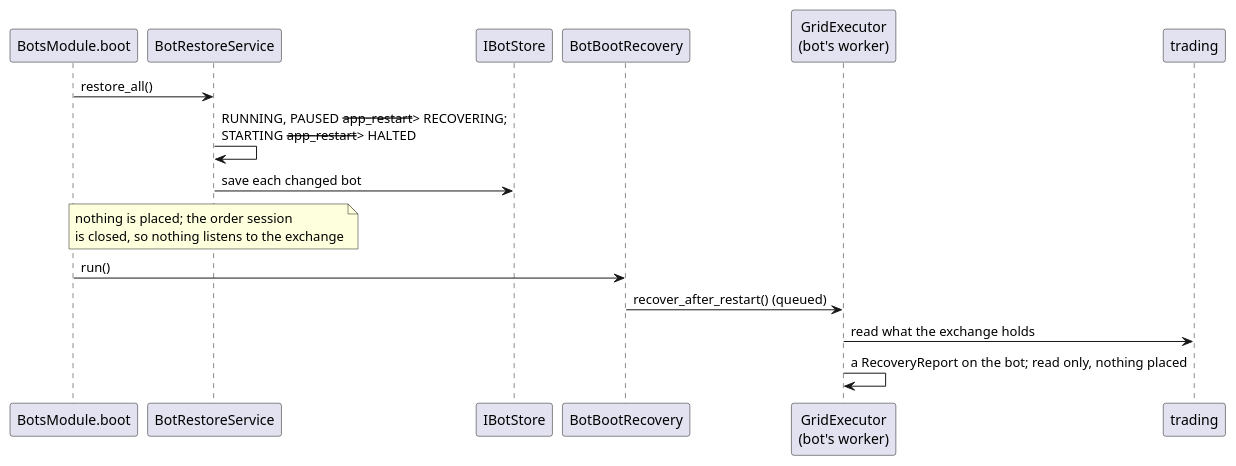
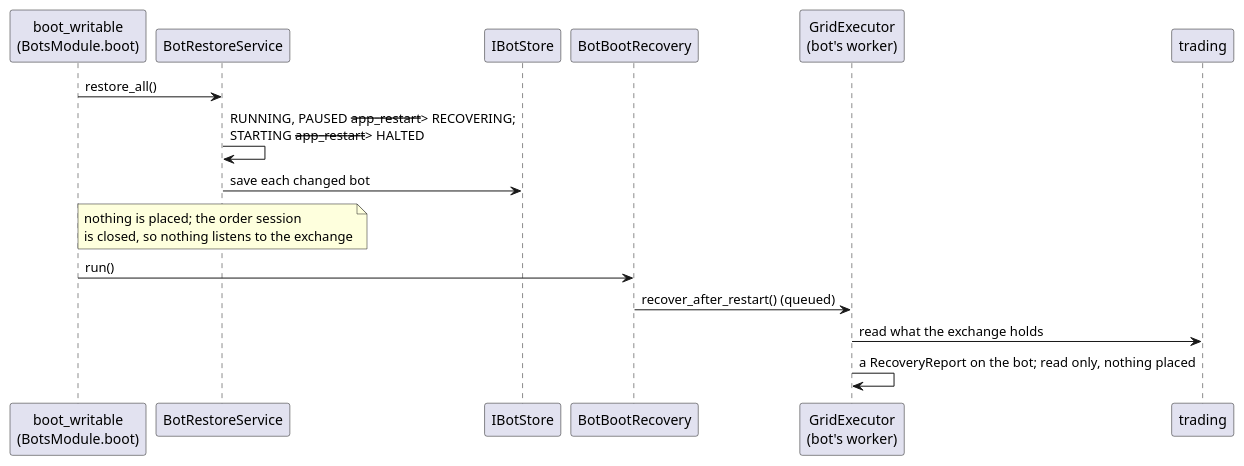
One commit to anhembedded/Sagittarius_Elite_Warrior changed the diagram in Docs/MODULES/bots/diagrams/06-restart.puml. Above: the diagram before and after it, drawn with PlantUML. The commit also changed 2 other files, not shown here.

Commit message:
docs(tasks): bots design cites boot_writable for the boot it moved; the Deferred guard states its blind spot
Review round 1 of PR 569 (K10, J4). 03-context.md and the restart diagram still named
BotsModule.boot for the subscriptions and the recovery that now live in
bots/composition/writable_boot.py -> boot_writable. The Deferred-literal guard dropped an
f-string it could not resolve without a word; it now lists such paths and fails on them, with
the one known site (ModuleEntry, loaded by the declarations test) named.

Claude-Session: https://claude.ai/code/session_01J8ox4juJTRsJaAByi2D6qf

```diff
--- a/Docs/MODULES/bots/diagrams/06-restart.puml
+++ b/Docs/MODULES/bots/diagrams/06-restart.puml
@@ -3,17 +3,17 @@
 @startuml 06-restart
-participant "BotsModule.boot" as M
+participant "boot_writable\n(BotsModule.boot)" as M
 participant BotRestoreService as RS
 participant IBotStore as ST
 participant BotBootRecovery as BR
 participant "GridExecutor\n(bot's worker)" as G
 participant trading as T
 
 M -> RS : restore_all()
 RS -> RS : RUNNING, PAUSED --app_restart--> RECOVERING;\nSTARTING --app_restart--> HALTED
 RS -> ST : save each changed bot
 note over RS : nothing is placed; the order session\nis closed, so nothing listens to the exchange
 M -> BR : run()
 BR -> G : recover_after_restart() (queued)
 G -> T : read what the exchange holds
 G -> G : a RecoveryReport on the bot; read only, nothing placed
 @enduml
```
